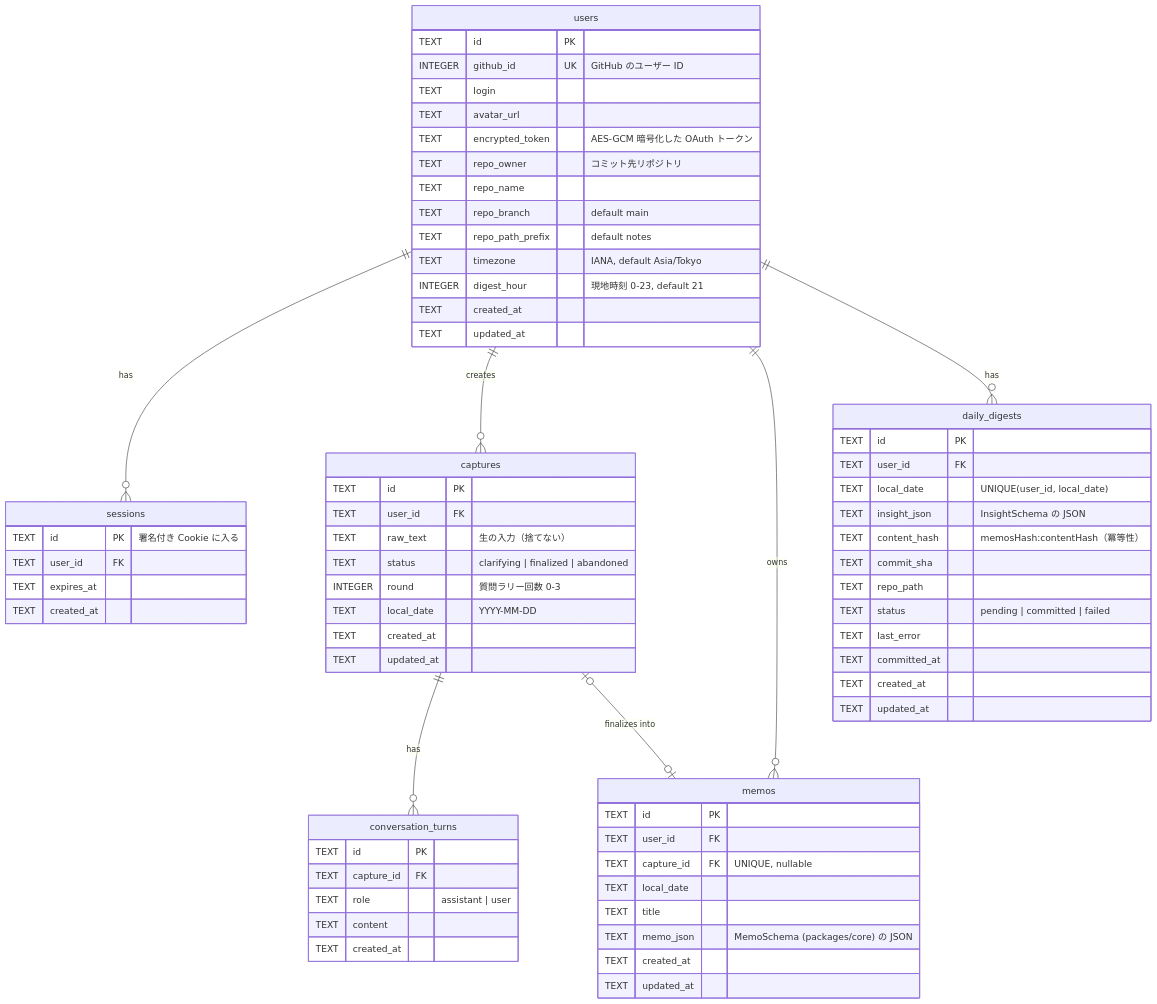
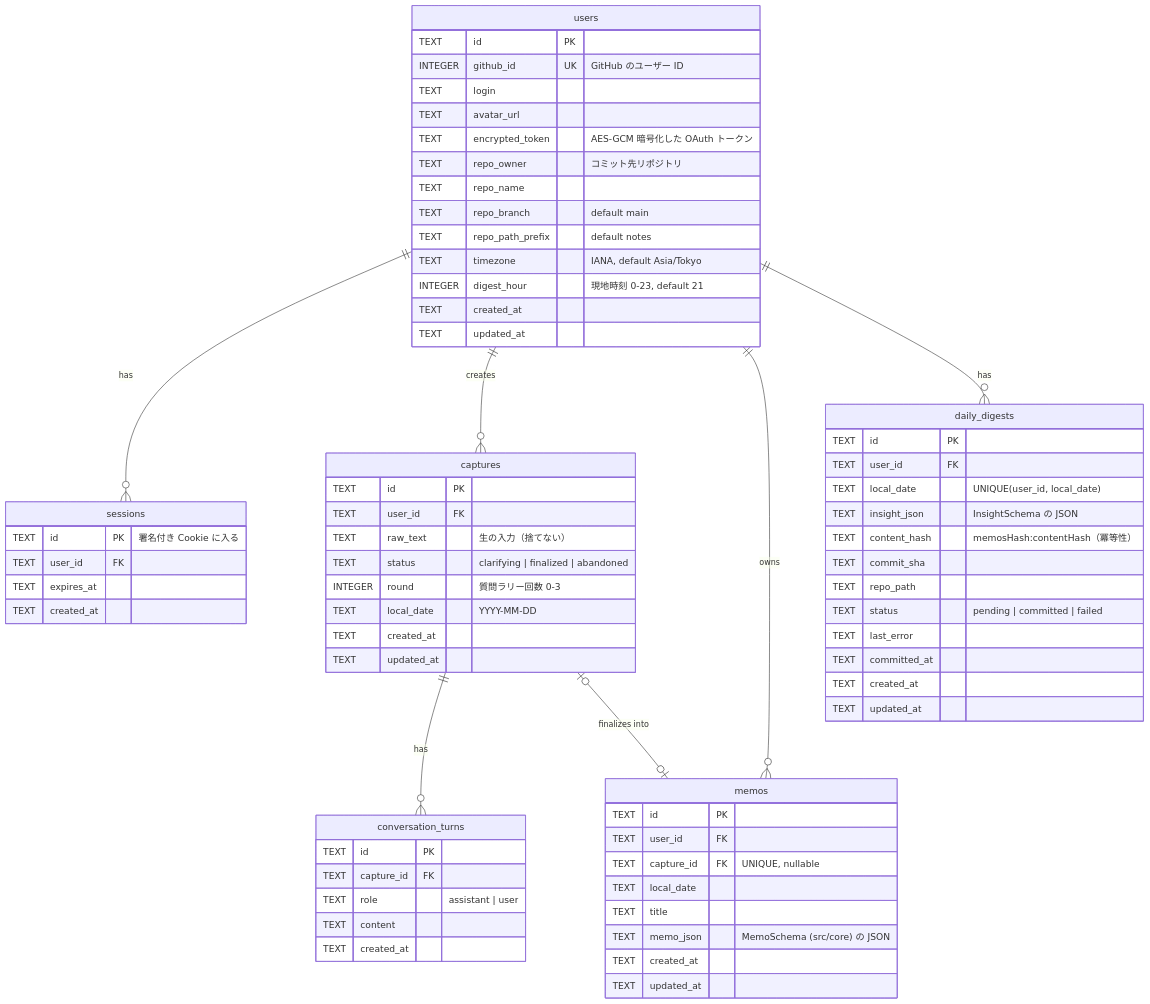
One commit to Noripy/TaskAgent changed the diagram in docs/design-docs/03-er-diagram.md. Above: the diagram before and after it, drawn with Mermaid. The commit also changed other lines of this file and 105 other files, not shown here.

````diff
--- a/docs/design-docs/03-er-diagram.md
+++ b/docs/design-docs/03-er-diagram.md
@@ -5,77 +5,77 @@
 ```mermaid
 erDiagram
   users ||--o{ sessions : "has"
   users ||--o{ captures : "creates"
   users ||--o{ memos : "owns"
   users ||--o{ daily_digests : "has"
   captures ||--o{ conversation_turns : "has"
   captures |o--o| memos : "finalizes into"
 
   users {
     TEXT id PK
     INTEGER github_id UK "GitHub のユーザー ID"
     TEXT login
     TEXT avatar_url
     TEXT encrypted_token "AES-GCM 暗号化した OAuth トークン"
     TEXT repo_owner "コミット先リポジトリ"
     TEXT repo_name
     TEXT repo_branch "default main"
     TEXT repo_path_prefix "default notes"
     TEXT timezone "IANA, default Asia/Tokyo"
     INTEGER digest_hour "現地時刻 0-23, default 21"
     TEXT created_at
     TEXT updated_at
   }
 
   sessions {
     TEXT id PK "署名付き Cookie に入る"
     TEXT user_id FK
     TEXT expires_at
     TEXT created_at
   }
 
   captures {
     TEXT id PK
     TEXT user_id FK
     TEXT raw_text "生の入力（捨てない）"
     TEXT status "clarifying | finalized | abandoned"
     INTEGER round "質問ラリー回数 0-3"
     TEXT local_date "YYYY-MM-DD"
     TEXT created_at
     TEXT updated_at
   }
 
   conversation_turns {
     TEXT id PK
     TEXT capture_id FK
     TEXT role "assistant | user"
     TEXT content
     TEXT created_at
   }
 
   memos {
     TEXT id PK
     TEXT user_id FK
     TEXT capture_id FK "UNIQUE, nullable"
     TEXT local_date
     TEXT title
-    TEXT memo_json "MemoSchema (packages/core) の JSON"
+    TEXT memo_json "MemoSchema (src/core) の JSON"
     TEXT created_at
     TEXT updated_at
   }
 
   daily_digests {
     TEXT id PK
     TEXT user_id FK
     TEXT local_date "UNIQUE(user_id, local_date)"
     TEXT insight_json "InsightSchema の JSON"
     TEXT content_hash "memosHash:contentHash（冪等性）"
     TEXT commit_sha
     TEXT repo_path
     TEXT status "pending | committed | failed"
     TEXT last_error
     TEXT committed_at
     TEXT created_at
     TEXT updated_at
   }
 ```
````
